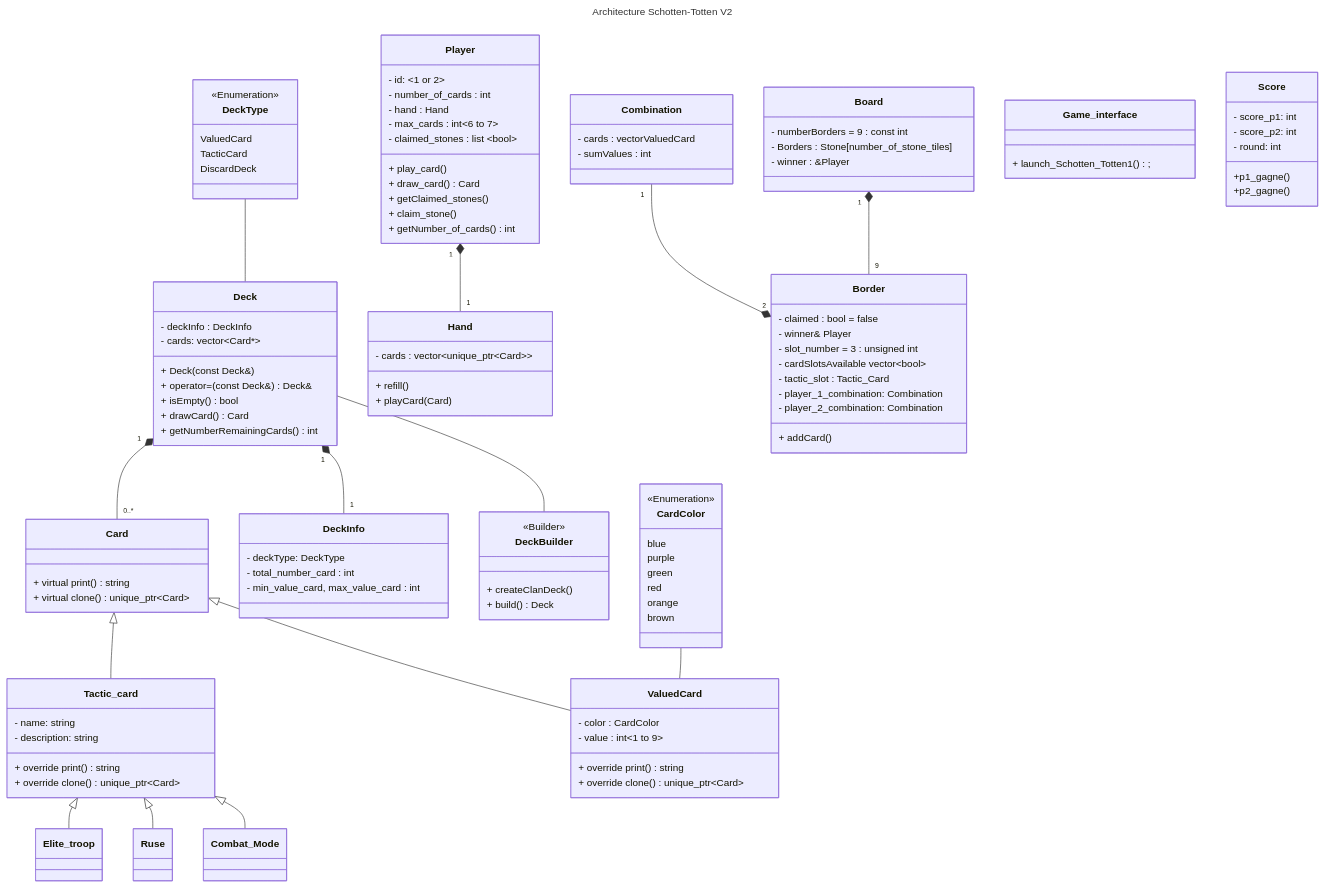
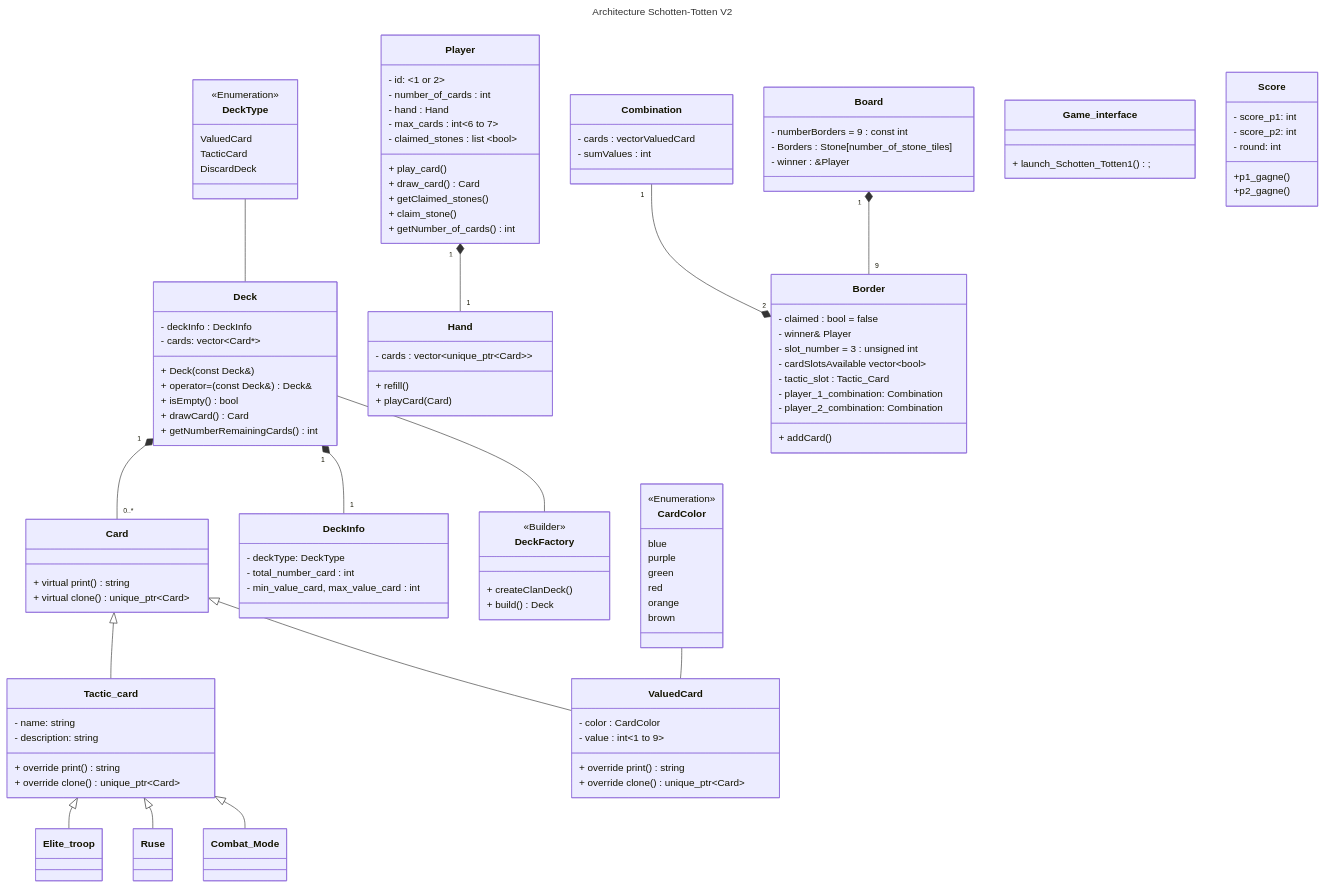
The diagram in README.md (kilaposhi/Schotten-Totten), drawn with Mermaid before and after one commit. The commit also changed other lines of this file and 7 other files, not shown here.

Commit message:
refactor DeckBuilder -> DeckFactory

```diff
--- a/README.md
+++ b/README.md
@@ -45,7 +45,7 @@
 Card <|-- ValuedCard
 Deck "1"*-- "0..*" Card
 Deck "1" *-- "1" DeckInfo
-Deck -- DeckBuilder
+Deck -- DeckFactory
 %%    Card "0..7" --* "0..1" Hand
 Player "1"*--"1" Hand
 Combination "1" --* "2" Border
@@ -139,7 +139,7 @@
 - min_value_card, max_value_card : int
   }
 
-class DeckBuilder {
+class DeckFactory {
 <<Builder>>
 + createClanDeck()
 + build() Deck
```
